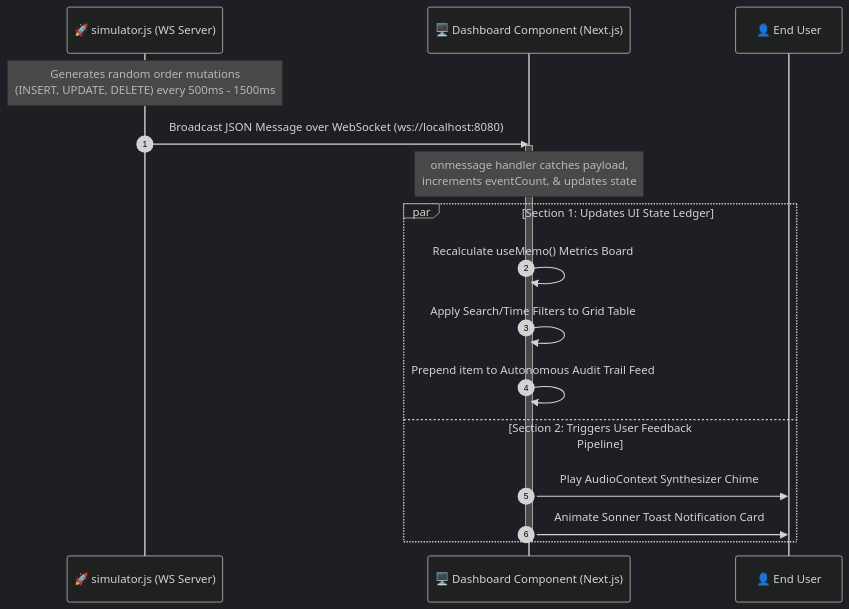
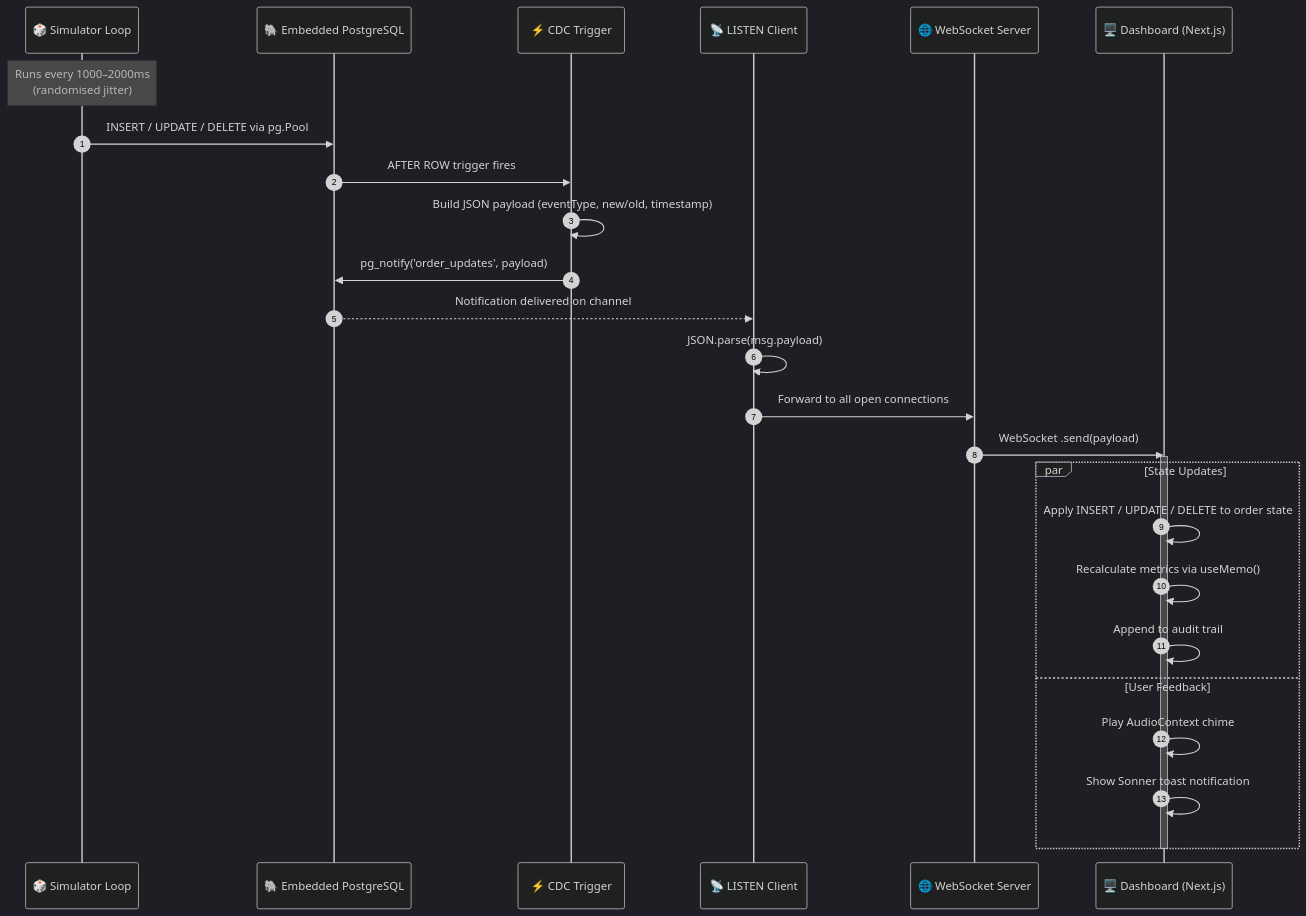
The diagram in README.md (daiv09/apt-interview-assignment), drawn with Mermaid (dark theme) before and after one commit. The commit also changed other lines of this file and 7 other files, not shown here.

````diff
--- a/README.md
+++ b/README.md
@@ -43,23 +81,34 @@
 ```mermaid
 sequenceDiagram
     autonumber
-    participant Simulator as 🚀 simulator.js (WS Server)
-    participant Client as 🖥️ Dashboard Component (Next.js)
-    participant User as 👤 End User
+    participant Sim as 🎲 Simulator Loop
+    participant PG as 🐘 Embedded PostgreSQL
+    participant Trigger as ⚡ CDC Trigger
+    participant Listen as 📡 LISTEN Client
+    participant WSS as 🌐 WebSocket Server
+    participant UI as 🖥️ Dashboard (Next.js)
 
-    Note over Simulator: Generates random order mutations<br/>(INSERT, UPDATE, DELETE) every 500ms - 1500ms
-    Simulator->>Client: Broadcast JSON Message over WebSocket (ws://localhost:8080)
-    
-    activate Client
-    Note over Client: onmessage handler catches payload,<br/>increments eventCount, & updates state
-    
-    par Section 1: Updates UI State Ledger
-        Client->>Client: Recalculate useMemo() Metrics Board
-        Client->>Client: Apply Search/Time Filters to Grid Table
-        Client->>Client: Prepend item to Autonomous Audit Trail Feed
-    and Section 2: Triggers User Feedback Pipeline
-        Client->>User: Play AudioContext Synthesizer Chime
-        Client->>User: Animate Sonner Toast Notification Card
+    Note over Sim: Runs every 1000–2000ms<br/>(randomised jitter)
+    Sim->>PG: INSERT / UPDATE / DELETE via pg.Pool
+
+    PG->>Trigger: AFTER ROW trigger fires
+    Trigger->>Trigger: Build JSON payload (eventType, new/old, timestamp)
+    Trigger->>PG: pg_notify('order_updates', payload)
+
+    PG-->>Listen: Notification delivered on channel
+    Listen->>Listen: JSON.parse(msg.payload)
+    Listen->>WSS: Forward to all open connections
+
+    WSS->>UI: WebSocket .send(payload)
+
+    activate UI
+    par State Updates
+        UI->>UI: Apply INSERT / UPDATE / DELETE to order state
+        UI->>UI: Recalculate metrics via useMemo()
+        UI->>UI: Append to audit trail
+    and User Feedback
+        UI->>UI: Play AudioContext chime
+        UI->>UI: Show Sonner toast notification
     end
-    deactivate Client
+    deactivate UI
 ```
````
